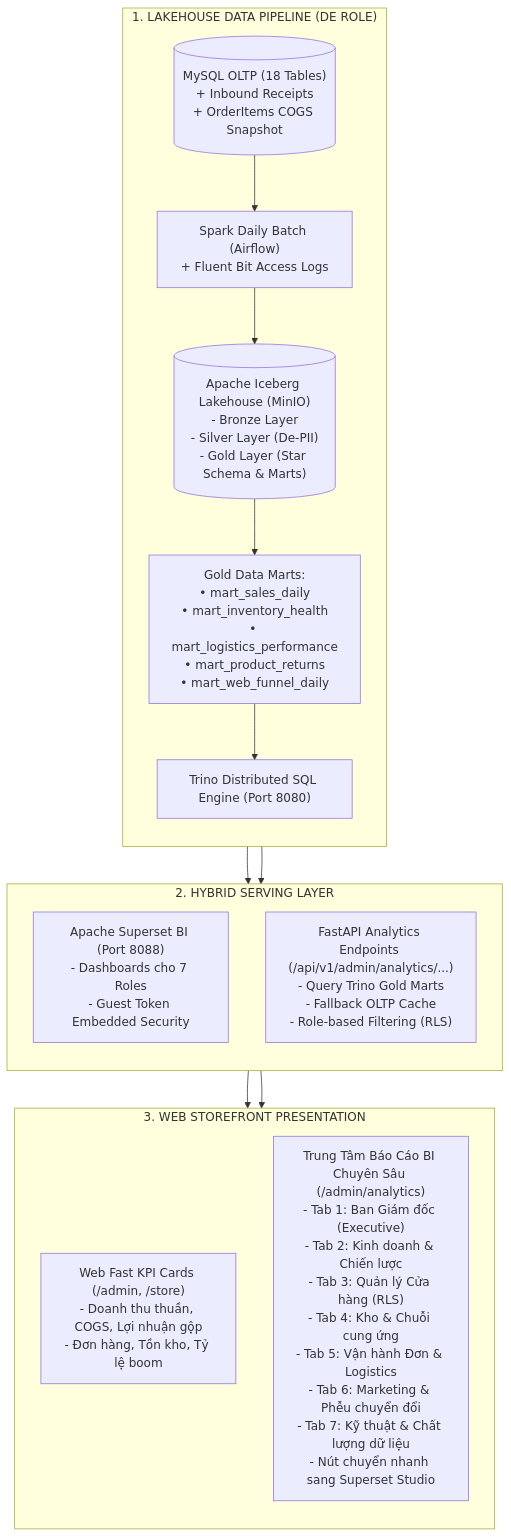
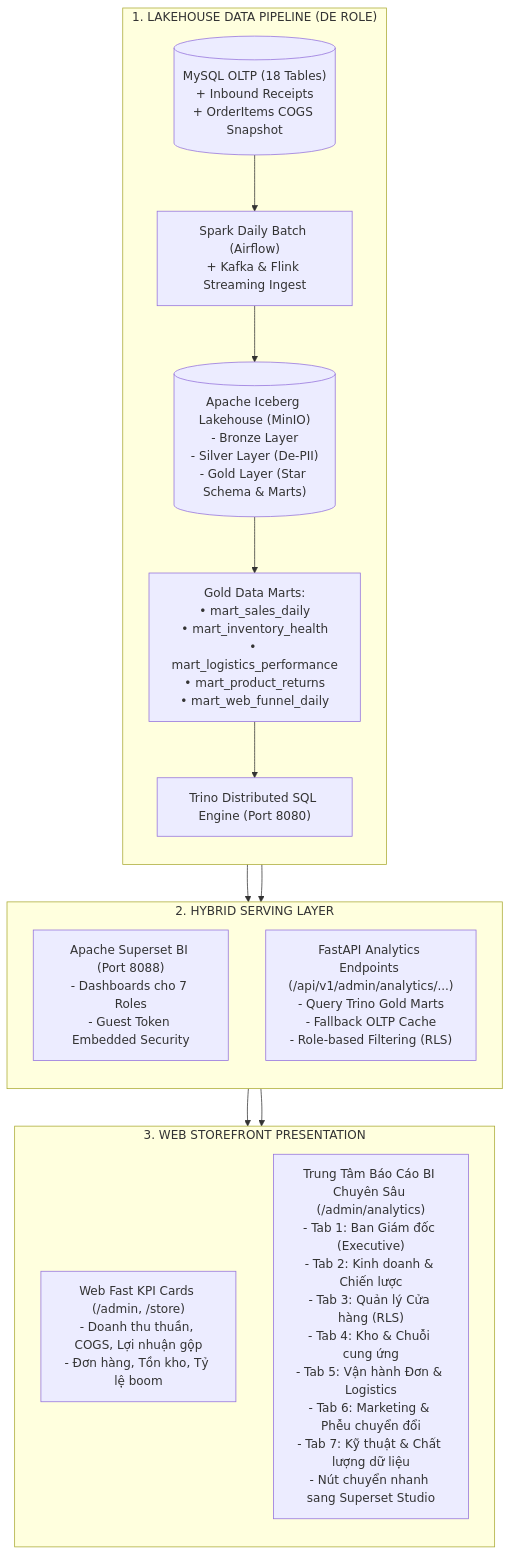
The diagram in docs/superpowers/specs/2026-09-22-role-based-dashboards-hybrid-design.md (DanhTrannn/TLCN), drawn with Mermaid before and after one commit. The commit also changed 15 other files, not shown here.

Commit message:
chore: remove deprecated fluent-bit and update documentation for streaming architecture

````diff
--- a/docs/superpowers/specs/2026-09-22-role-based-dashboards-hybrid-design.md
+++ b/docs/superpowers/specs/2026-09-22-role-based-dashboards-hybrid-design.md
@@ -52,22 +52,22 @@
 ```mermaid
 flowchart TB
     subgraph Data_Layer["1. LAKEHOUSE DATA PIPELINE (DE ROLE)"]
         direction TB
-        MySQL[("MySQL OLTP (18 Tables)\n+ Inbound Receipts\n+ OrderItems COGS Snapshot")] --> Ingestion["Spark Daily Batch (Airflow)\n+ Fluent Bit Access Logs"]
+        MySQL[("MySQL OLTP (18 Tables)\n+ Inbound Receipts\n+ OrderItems COGS Snapshot")] --> Ingestion["Spark Daily Batch (Airflow)\n+ Kafka & Flink Streaming Ingest"]
         Ingestion --> Iceberg[("Apache Iceberg Lakehouse (MinIO)\n- Bronze Layer\n- Silver Layer (De-PII)\n- Gold Layer (Star Schema & Marts)")]
         Iceberg --> Marts["Gold Data Marts:\n• mart_sales_daily\n• mart_inventory_health\n• mart_logistics_performance\n• mart_product_returns\n• mart_web_funnel_daily"]
         Marts --> Trino["Trino Distributed SQL Engine (Port 8080)"]
     end
 
     subgraph Serving_Layer["2. HYBRID SERVING LAYER"]
         direction TB
         Trino --> Superset["Apache Superset BI (Port 8088)\n- Dashboards cho 7 Roles\n- Guest Token Embedded Security"]
         Trino --> AnalyticsAPI["FastAPI Analytics Endpoints (/api/v1/admin/analytics/...)\n- Query Trino Gold Marts\n- Fallback OLTP Cache\n- Role-based Filtering (RLS)"]
     end
 
     subgraph Presentation_Layer["3. WEB STOREFRONT PRESENTATION"]
         direction TB
         AnalyticsAPI --> WebOverview["Web Fast KPI Cards (/admin, /store)\n- Doanh thu thuần, COGS, Lợi nhuận gộp\n- Đơn hàng, Tồn kho, Tỷ lệ boom"]
         Superset --> RoleHub["Trung Tâm Báo Cáo BI Chuyên Sâu (/admin/analytics)\n- Tab 1: Ban Giám đốc (Executive)\n- Tab 2: Kinh doanh & Chiến lược\n- Tab 3: Quản lý Cửa hàng (RLS)\n- Tab 4: Kho & Chuỗi cung ứng\n- Tab 5: Vận hành Đơn & Logistics\n- Tab 6: Marketing & Phễu chuyển đổi\n- Tab 7: Kỹ thuật & Chất lượng dữ liệu\n- Nút chuyển nhanh sang Superset Studio"]
     end
 ```
````
